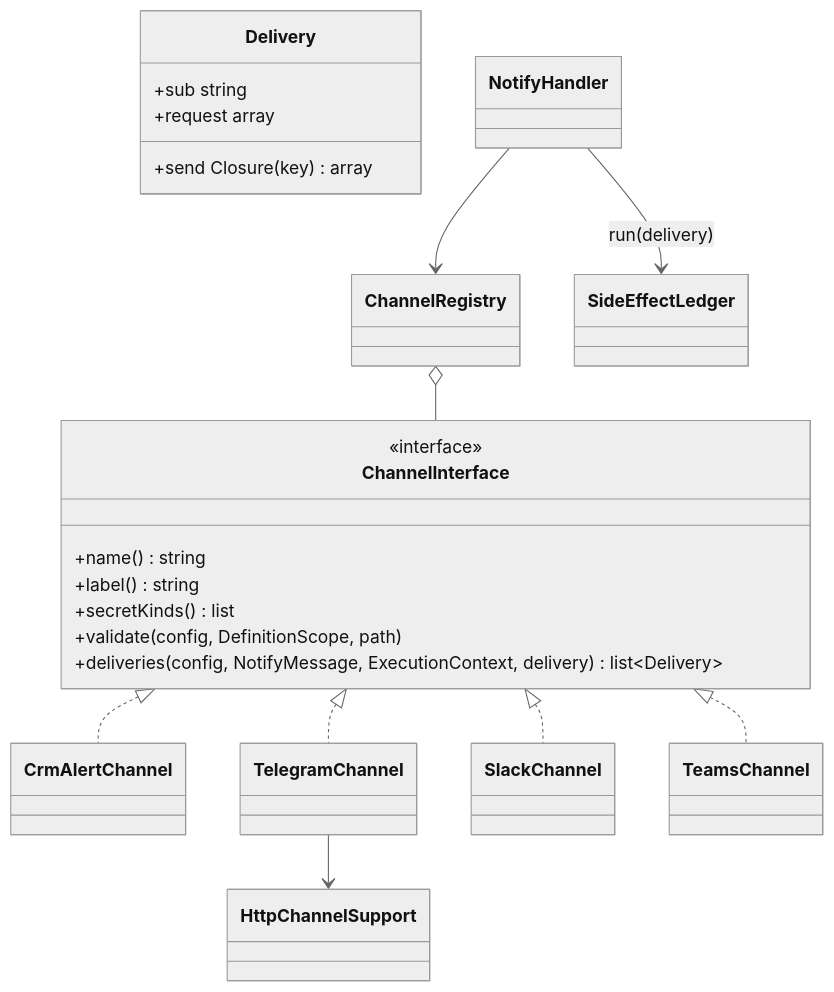
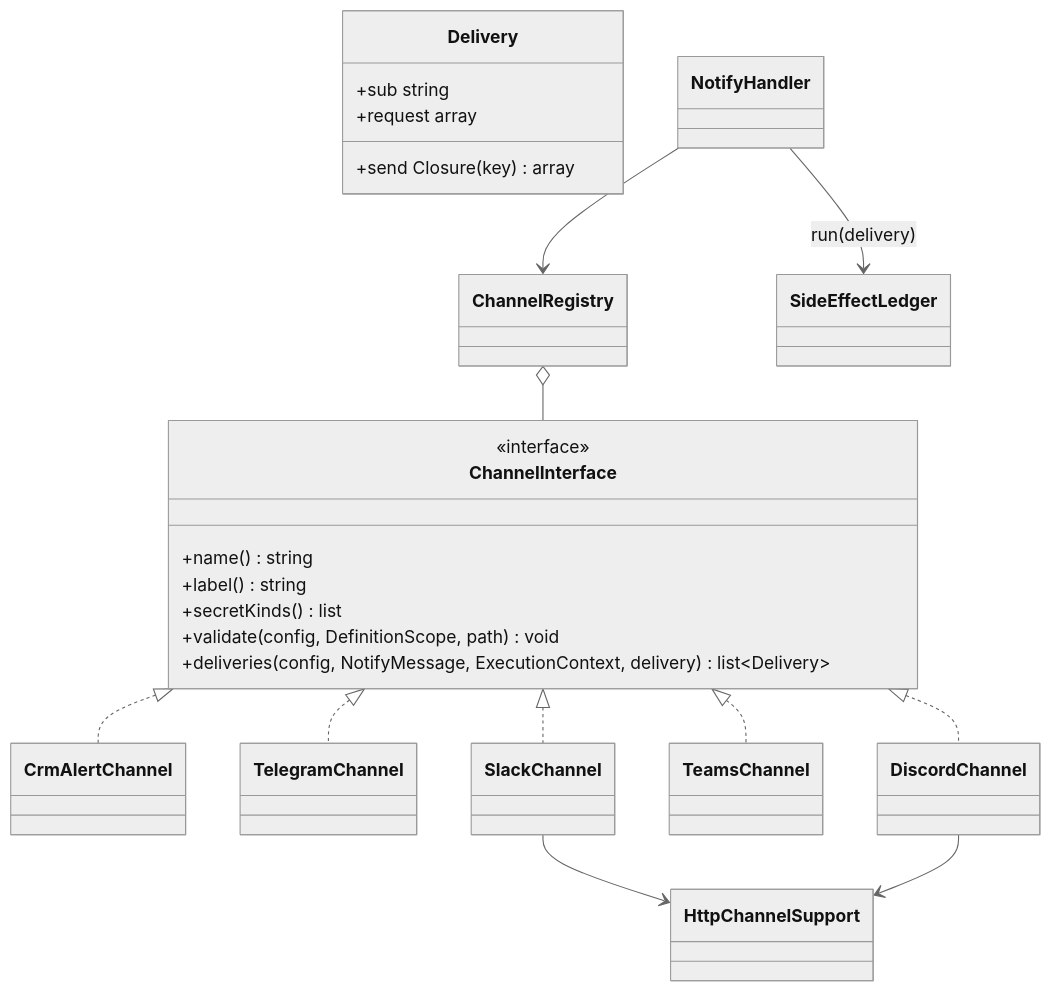
One commit to madarch-labs/Workflow-Processing-Service changed the diagram in doc/en/07-developer-guide/extending/new-notify-channel.md. Above: the diagram before and after it, drawn with Mermaid (neutral theme). The commit also changed other lines of this file and 200 other files, not shown here.

````diff
--- a/doc/en/07-developer-guide/extending/new-notify-channel.md
+++ b/doc/en/07-developer-guide/extending/new-notify-channel.md
@@ -19,24 +23,26 @@
 ```mermaid
 classDiagram
     class ChannelInterface {
         <<interface>>
         +name() string
         +label() string
         +secretKinds() list
-        +validate(config, DefinitionScope, path)
+        +validate(config, DefinitionScope, path) void
         +deliveries(config, NotifyMessage, ExecutionContext, delivery) list~Delivery~
     }
     class Delivery {
         +sub string
         +request array
         +send Closure(key) array
     }
     ChannelInterface <|.. CrmAlertChannel
     ChannelInterface <|.. TelegramChannel
     ChannelInterface <|.. SlackChannel
     ChannelInterface <|.. TeamsChannel
+    ChannelInterface <|.. DiscordChannel
     ChannelRegistry o-- ChannelInterface
     NotifyHandler --> ChannelRegistry
     NotifyHandler --> SideEffectLedger : run(delivery)
-    TelegramChannel --> HttpChannelSupport
+    SlackChannel --> HttpChannelSupport
+    DiscordChannel --> HttpChannelSupport
 ```
````
